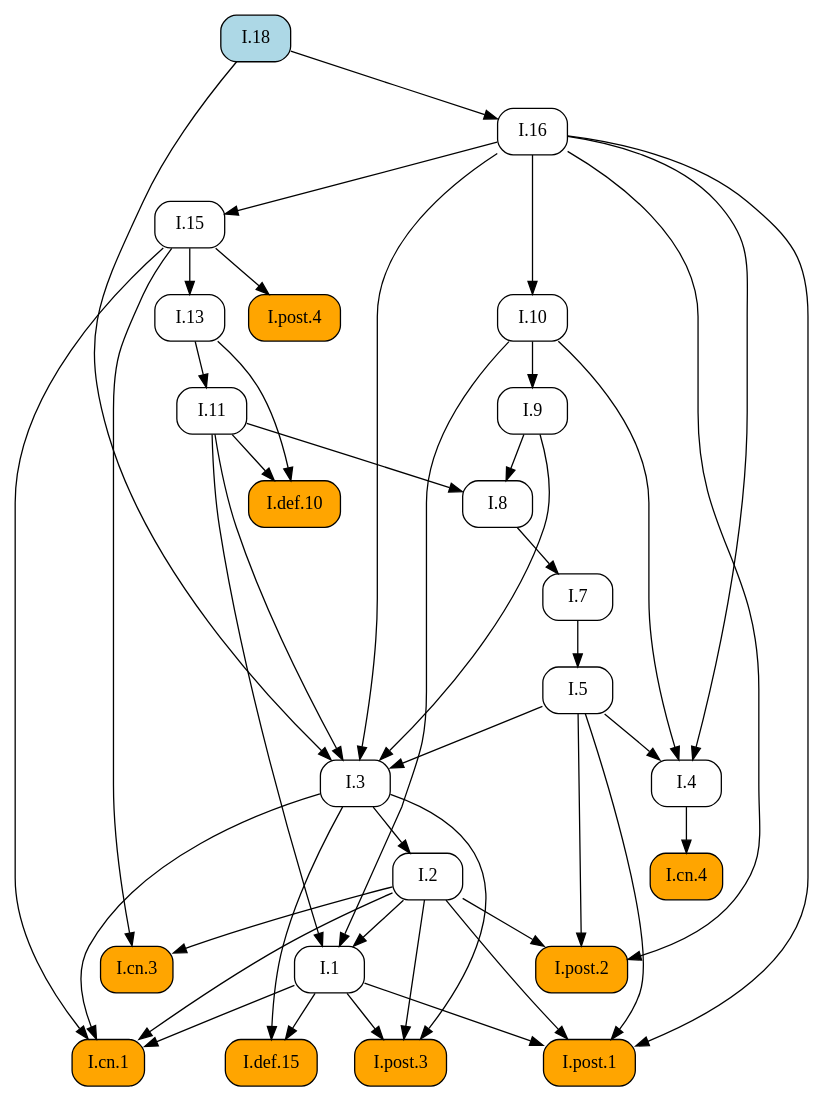
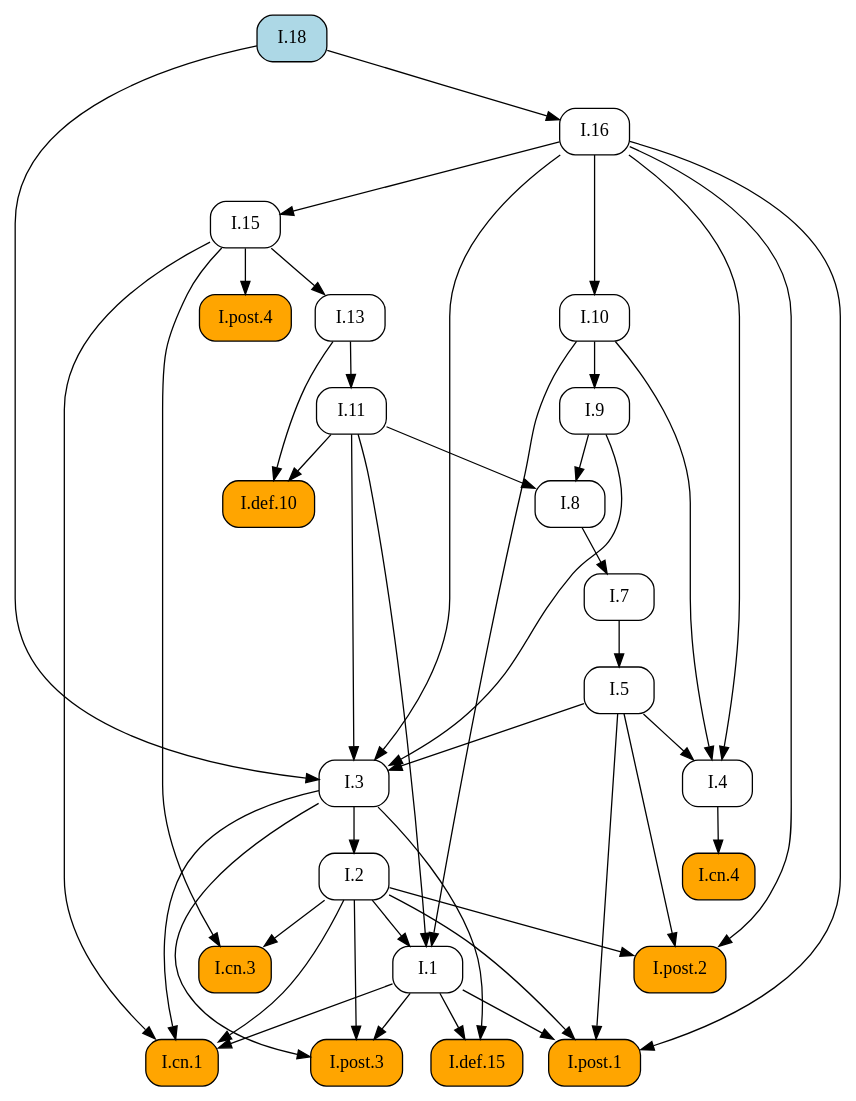
One commit to geometor/elements changed the diagram in docsrc/elements2/I/18/index.rst. Above: the diagram before and after it, drawn with Graphviz. The commit also changed other lines of this file and 409 other files, not shown here.

First line of the commit message:
feat: Add image cropping and graphic extraction script

```diff
--- a/docsrc/elements2/I/18/index.rst
+++ b/docsrc/elements2/I/18/index.rst
@@ -57,73 +57,73 @@
 .. graphviz::
 
    digraph {
      rankdir="TB";
      node [shape=box, style=rounded];
+     "I.def.15" [style="rounded,filled", fillcolor=orange, URL="/elements2/I/def.15/", target="_top"];
+     "I.def.10" [style="rounded,filled", fillcolor=orange, URL="/elements2/I/def.10/", target="_top"];
+     "I.11" [URL="/elements2/I/11/", target="_top"];
+     "I.18" [style="rounded,filled", fillcolor=lightblue, URL="/elements2/I/18/", target="_top"];
      "I.8" [URL="/elements2/I/8/", target="_top"];
+     "I.15" [URL="/elements2/I/15/", target="_top"];
+     "I.5" [URL="/elements2/I/5/", target="_top"];
+     "I.3" [URL="/elements2/I/3/", target="_top"];
+     "I.10" [URL="/elements2/I/10/", target="_top"];
+     "I.cn.3" [style="rounded,filled", fillcolor=orange, URL="/elements2/I/cn.3/", target="_top"];
+     "I.cn.1" [style="rounded,filled", fillcolor=orange, URL="/elements2/I/cn.1/", target="_top"];
+     "I.13" [URL="/elements2/I/13/", target="_top"];
+     "I.post.3" [style="rounded,filled", fillcolor=orange, URL="/elements2/I/post.3/", target="_top"];
+     "I.4" [URL="/elements2/I/4/", target="_top"];
+     "I.7" [URL="/elements2/I/7/", target="_top"];
+     "I.9" [URL="/elements2/I/9/", target="_top"];
+     "I.16" [URL="/elements2/I/16/", target="_top"];
+     "I.post.1" [style="rounded,filled", fillcolor=orange, URL="/elements2/I/post.1/", target="_top"];
+     "I.2" [URL="/elements2/I/2/", target="_top"];
      "I.1" [URL="/elements2/I/1/", target="_top"];
-     "I.cn.3" [style="rounded,filled", fillcolor=orange, URL="/elements2/I/cn.3/", target="_top"];
+     "I.post.4" [style="rounded,filled", fillcolor=orange, URL="/elements2/I/post.4/", target="_top"];
      "I.cn.4" [style="rounded,filled", fillcolor=orange, URL="/elements2/I/cn.4/", target="_top"];
-     "I.7" [URL="/elements2/I/7/", target="_top"];
-     "I.post.1" [style="rounded,filled", fillcolor=orange, URL="/elements2/I/post.1/", target="_top"];
-     "I.9" [URL="/elements2/I/9/", target="_top"];
-     "I.5" [URL="/elements2/I/5/", target="_top"];
-     "I.cn.1" [style="rounded,filled", fillcolor=orange, URL="/elements2/I/cn.1/", target="_top"];
-     "I.post.4" [style="rounded,filled", fillcolor=orange, URL="/elements2/I/post.4/", target="_top"];
-     "I.def.10" [style="rounded,filled", fillcolor=orange, URL="/elements2/I/def.10/", target="_top"];
-     "I.16" [URL="/elements2/I/16/", target="_top"];
-     "I.13" [URL="/elements2/I/13/", target="_top"];
-     "I.18" [style="rounded,filled", fillcolor=lightblue, URL="/elements2/I/18/", target="_top"];
-     "I.2" [URL="/elements2/I/2/", target="_top"];
-     "I.def.15" [style="rounded,filled", fillcolor=orange, URL="/elements2/I/def.15/", target="_top"];
-     "I.4" [URL="/elements2/I/4/", target="_top"];
-     "I.11" [URL="/elements2/I/11/", target="_top"];
-     "I.10" [URL="/elements2/I/10/", target="_top"];
-     "I.15" [URL="/elements2/I/15/", target="_top"];
-     "I.3" [URL="/elements2/I/3/", target="_top"];
      "I.post.2" [style="rounded,filled", fillcolor=orange, URL="/elements2/I/post.2/", target="_top"];
-     "I.post.3" [style="rounded,filled", fillcolor=orange, URL="/elements2/I/post.3/", target="_top"];
+     "I.1" -> "I.def.15";
+     "I.3" -> "I.def.15";
+     "I.11" -> "I.def.10";
+     "I.13" -> "I.def.10";
+     "I.13" -> "I.11";
      "I.9" -> "I.8";
      "I.11" -> "I.8";
-     "I.2" -> "I.1";
-     "I.10" -> "I.1";
-     "I.11" -> "I.1";
-     "I.2" -> "I.cn.3";
-     "I.15" -> "I.cn.3";
-     "I.4" -> "I.cn.4";
-     "I.8" -> "I.7";
-     "I.1" -> "I.post.1";
-     "I.2" -> "I.post.1";
-     "I.5" -> "I.post.1";
-     "I.16" -> "I.post.1";
-     "I.10" -> "I.9";
+     "I.16" -> "I.15";
      "I.7" -> "I.5";
-     "I.1" -> "I.cn.1";
-     "I.2" -> "I.cn.1";
-     "I.3" -> "I.cn.1";
-     "I.15" -> "I.cn.1";
-     "I.15" -> "I.post.4";
-     "I.11" -> "I.def.10";
-     "I.13" -> "I.def.10";
-     "I.18" -> "I.16";
-     "I.15" -> "I.13";
-     "I.3" -> "I.2";
-     "I.1" -> "I.def.15";
-     "I.3" -> "I.def.15";
-     "I.5" -> "I.4";
-     "I.10" -> "I.4";
-     "I.16" -> "I.4";
-     "I.13" -> "I.11";
-     "I.16" -> "I.10";
-     "I.16" -> "I.15";
      "I.5" -> "I.3";
      "I.9" -> "I.3";
      "I.11" -> "I.3";
      "I.16" -> "I.3";
      "I.18" -> "I.3";
+     "I.16" -> "I.10";
+     "I.2" -> "I.cn.3";
+     "I.15" -> "I.cn.3";
+     "I.1" -> "I.cn.1";
+     "I.2" -> "I.cn.1";
+     "I.3" -> "I.cn.1";
+     "I.15" -> "I.cn.1";
+     "I.15" -> "I.13";
+     "I.1" -> "I.post.3";
+     "I.2" -> "I.post.3";
+     "I.3" -> "I.post.3";
+     "I.5" -> "I.4";
+     "I.10" -> "I.4";
+     "I.16" -> "I.4";
+     "I.8" -> "I.7";
+     "I.10" -> "I.9";
+     "I.18" -> "I.16";
+     "I.1" -> "I.post.1";
+     "I.2" -> "I.post.1";
+     "I.5" -> "I.post.1";
+     "I.16" -> "I.post.1";
+     "I.3" -> "I.2";
+     "I.2" -> "I.1";
+     "I.10" -> "I.1";
+     "I.11" -> "I.1";
+     "I.15" -> "I.post.4";
+     "I.4" -> "I.cn.4";
      "I.2" -> "I.post.2";
      "I.5" -> "I.post.2";
      "I.16" -> "I.post.2";
-     "I.1" -> "I.post.3";
-     "I.2" -> "I.post.3";
-     "I.3" -> "I.post.3";
    }
```
